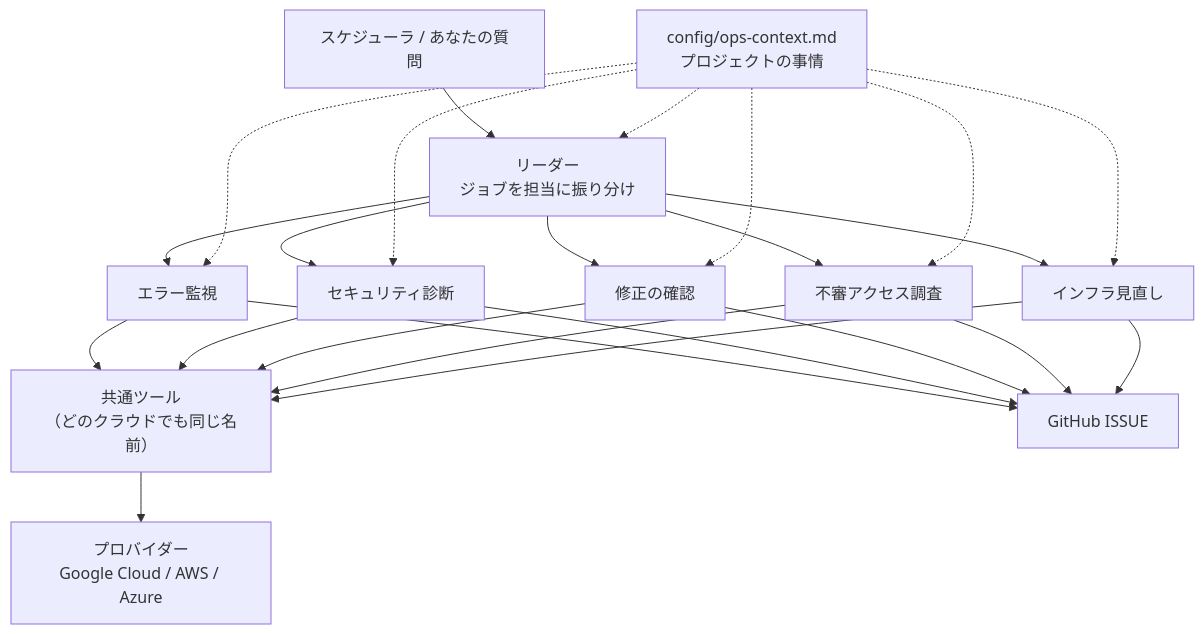
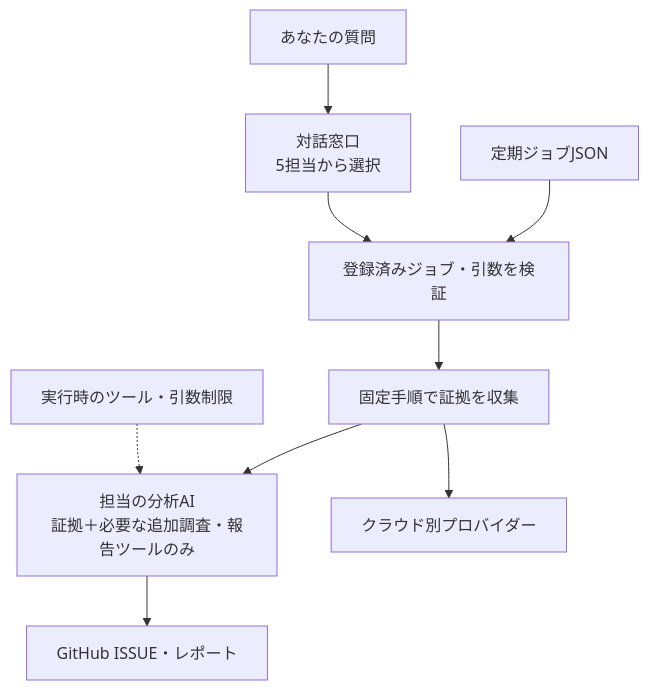
One commit to atsuki-sakai/cloud-ops-team changed the second of 2 diagrams in README.md. Above: the diagram before and after it, drawn with Mermaid. The commit also changed other lines of this file and 30 other files, not shown here.

````diff
--- a/README.md
+++ b/README.md
@@ -191,9 +192,11 @@
 ```mermaid
 flowchart TB
-    SCH["スケジューラ / あなたの質問"] --> L["リーダー<br/>ジョブを担当に振り分け"]
-    L --> S1["エラー監視"] & S2["セキュリティ診断"] & S3["修正の確認"] & S4["不審アクセス調査"] & S5["インフラ見直し"]
-    S1 & S2 & S3 & S4 & S5 --> T["共通ツール<br/>（どのクラウドでも同じ名前）"]
-    T --> P["プロバイダー<br/>Google Cloud / AWS / Azure"]
-    S1 & S2 & S3 & S4 & S5 --> G["GitHub ISSUE"]
-    CTX["config/ops-context.md<br/>プロジェクトの事情"] -.-> L & S1 & S2 & S3 & S4 & S5
+    SCH["定期ジョブJSON"] --> R["登録済みジョブ・引数を検証"]
+    Q["あなたの質問"] --> L["対話窓口<br/>5担当から選択"]
+    L --> R
+    R --> C["固定手順で証拠を収集"]
+    C --> A["担当の分析AI<br/>証拠＋必要な追加調査・報告ツールのみ"]
+    C --> P["クラウド別プロバイダー"]
+    A --> G["GitHub ISSUE・レポート"]
+    S["実行時のツール・引数制限"] -.-> A
 ```
````
